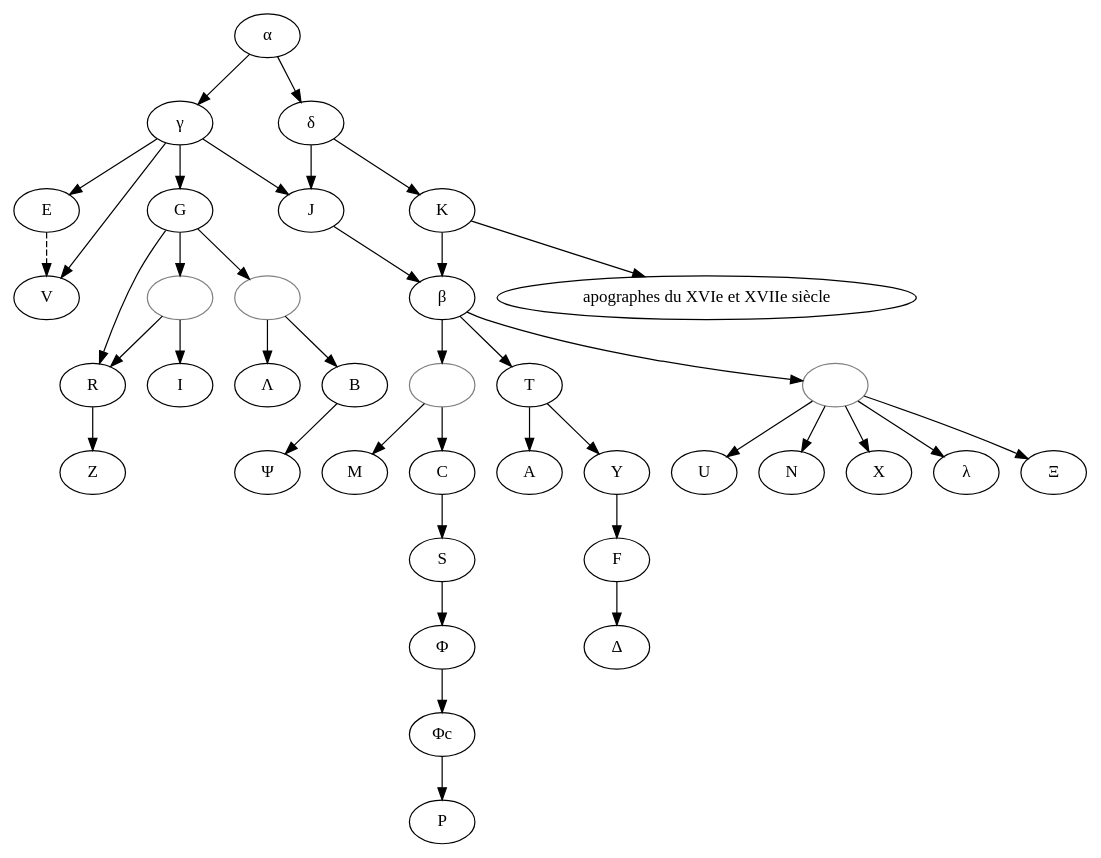
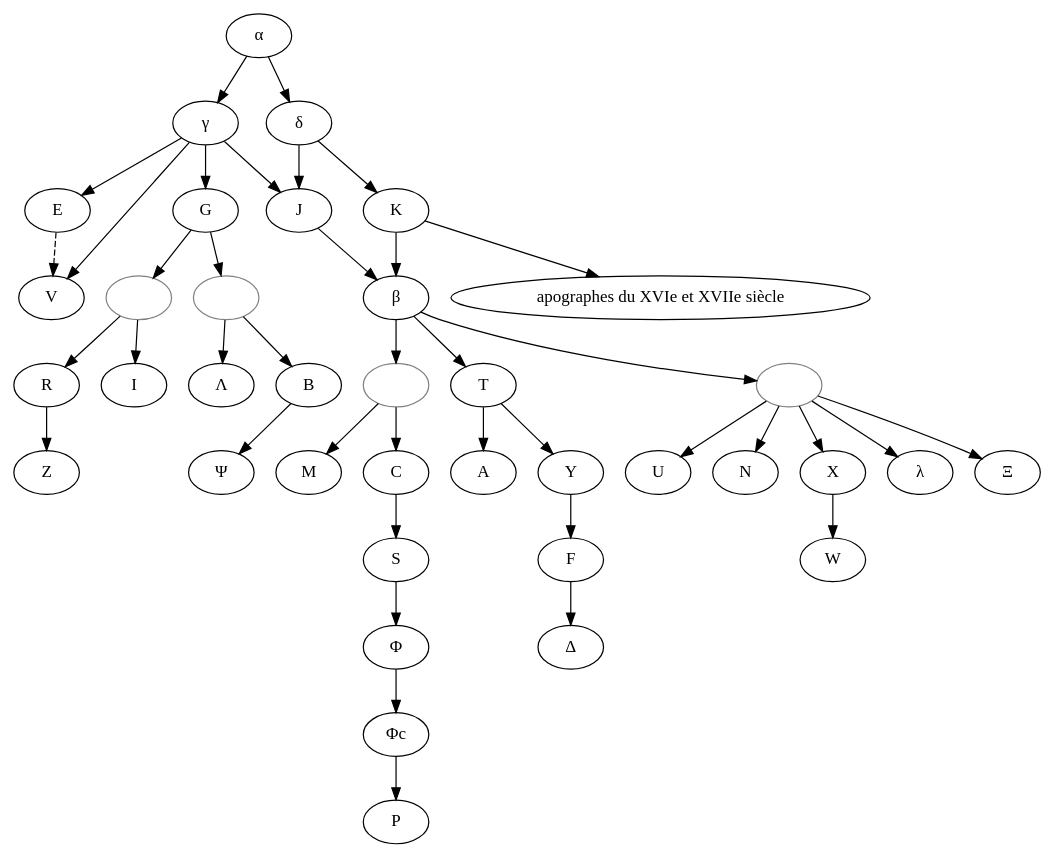
One commit to OpenStemmata/database changed the diagram in data/grc/CataldiPalau_1982_LesAmours/stemma.gv. Above: the diagram before and after it, drawn with Graphviz.

Commit message:
Made edits I suggested to the stemma

```diff
--- a/data/grc/CataldiPalau_1982_LesAmours/stemma.gv
+++ b/data/grc/CataldiPalau_1982_LesAmours/stemma.gv
@@ -1,87 +1,87 @@
 digraph {
 
     alpha -> gamma;
     alpha -> delta;
 
     alpha [label="α"]; 
     gamma [label="γ"]; 
     delta [label="δ"];
 
     gamma -> E;
     gamma -> V;
     gamma -> G;
     gamma -> J;
 
     E -> V [style="dashed"]; 
 
     delta -> J;
     delta -> K;
 
     K -> textApo;
     textApo[label="apographes du XVIe et XVIIe siècle"];
     K -> beta;
     beta [label="β"];
 
-    G -> R;
     G -> 1; 
     G -> 2;
     2 -> Lambda;
     2 -> B;
 
     Lambda [label="Λ"];
 
     1 -> R;
     1 -> I; 
 
     1 [label="", color="grey"];
     2 [label="", color="grey"];
 
     R -> Z; 
 
     B -> Psi;
 
     Psi [label="Ψ"]; 
 
     J -> beta;
 
     beta -> 3;
 
     3 [label="", color="grey"];
 
     3 -> M;
     3 -> C;
 
     C -> S; 
     
     S -> Phi; 
     Phi [label="Φ"];
     
     Phi -> PhiC;
     PhiC [label="Φc"];
 
     PhiC -> Rho; 
     Rho [label="Ρ"]; 
 
     beta -> T; 
     beta -> 4; 
 
     4 [label="", color="grey"]; 
 
     T -> A; 
     T -> Y; 
 
     Y -> F; 
 
     F -> Delta; 
     Delta [label="Δ"]; 
 
     4 -> U; 
     4 -> N; 
     4 -> X; 
     4 -> lambda; 
 
     lambda [label="λ"]; 
+    X->W;
 
     4 -> Xi; 
     Xi [label="Ξ"];     
 }
```
